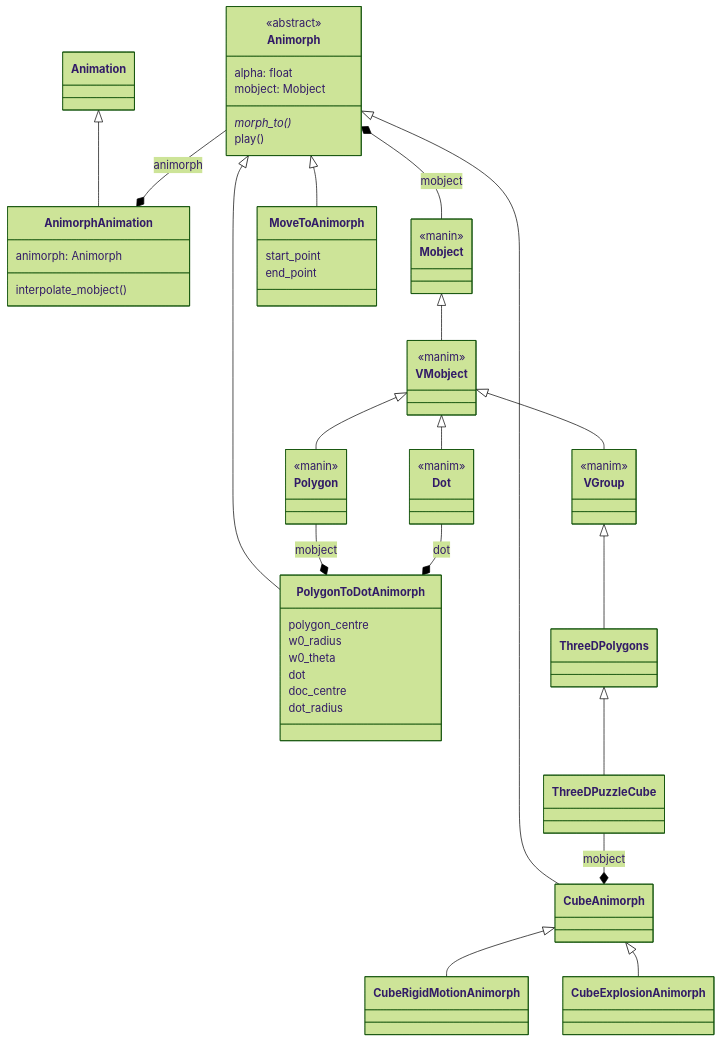
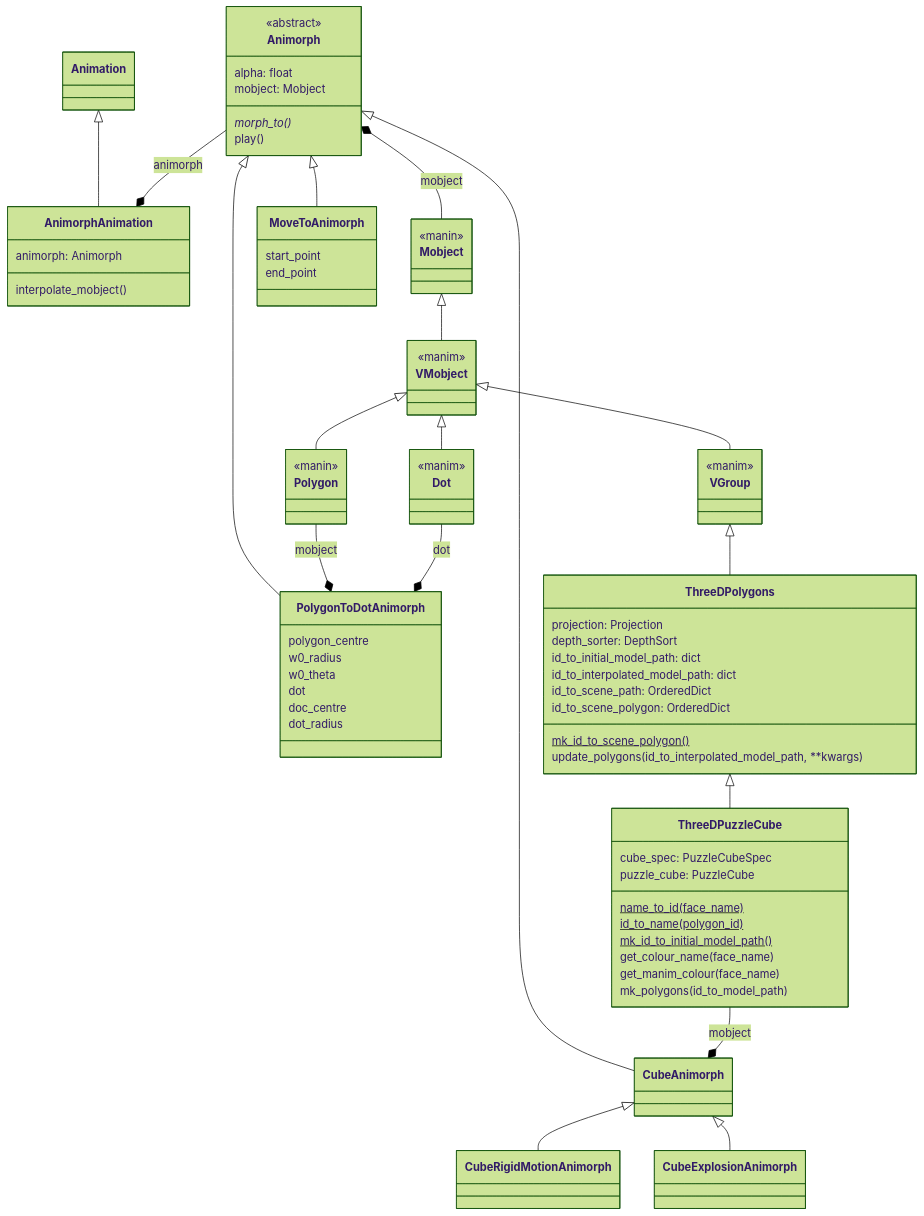
One commit to agryman/instant-insanity changed the diagram in docs/uml/animators.md. Above: the diagram before and after it, drawn with Mermaid (forest theme). The commit also changed 10 other files, not shown here.

Commit message:
Added logging demos. Added sequence diagram for animation.. Improved naming.

````diff
--- a/docs/uml/animators.md
+++ b/docs/uml/animators.md
@@ -5,53 +5,76 @@
 ```mermaid
 classDiagram
     Animation <|-- AnimorphAnimation
     Animorph *-- Mobject  : mobject
     Animorph <|-- MoveToAnimorph
     Animorph <|-- PolygonToDotAnimorph
     Animorph <|-- CubeAnimorph
     ThreeDPuzzleCube --* CubeAnimorph : mobject
     CubeAnimorph <|-- CubeRigidMotionAnimorph
     CubeAnimorph <|-- CubeExplosionAnimorph
     Animorph --* AnimorphAnimation : animorph
     Mobject <|-- VMobject
     VMobject <|-- Polygon
     VMobject <|-- Dot
     Polygon --* PolygonToDotAnimorph : mobject
     Dot --* PolygonToDotAnimorph : dot
     VMobject <|-- VGroup
     VGroup <|-- ThreeDPolygons
     ThreeDPolygons <|-- ThreeDPuzzleCube
     
     <<manin>> Mobject
     <<manim>> VMobject
     <<manim>> VGroup
     <<manim>> Dot
     <<manin>> Polygon
+    
+    class ThreeDPolygons {
+        projection: Projection
+        depth_sorter: DepthSort
+        id_to_initial_model_path: dict
+        id_to_interpolated_model_path: dict
+        id_to_scene_path: OrderedDict
+        id_to_scene_polygon: OrderedDict
+        mk_id_to_scene_polygon()$
+        update_polygons(id_to_interpolated_model_path, **kwargs)
+    }
+    
+    class ThreeDPuzzleCube {
+        cube_spec: PuzzleCubeSpec
+        puzzle_cube: PuzzleCube
+        name_to_id(face_name)$
+        id_to_name(polygon_id)$
+        mk_id_to_initial_model_path()$
+        get_colour_name(face_name)
+        get_manim_colour(face_name)
+        mk_polygons(id_to_model_path)
+        
+    }
     
     class Animorph {
         alpha: float
         mobject: Mobject
         morph_to()*
         play()
     }
     <<abstract>> Animorph
     
     class MoveToAnimorph {
         start_point
         end_point
     }
     
     class PolygonToDotAnimorph {
         polygon_centre
         w0_radius
         w0_theta
         dot
         doc_centre
         dot_radius
     }
  
     class AnimorphAnimation {
         animorph: Animorph
         interpolate_mobject()
     }
 ```
````
